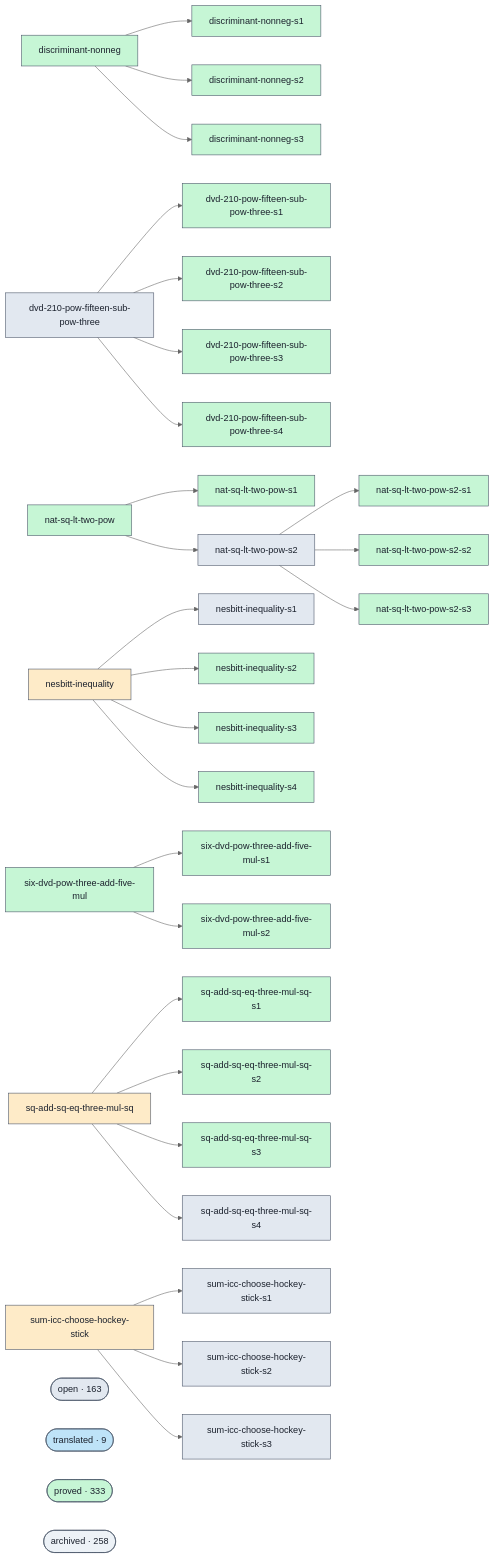
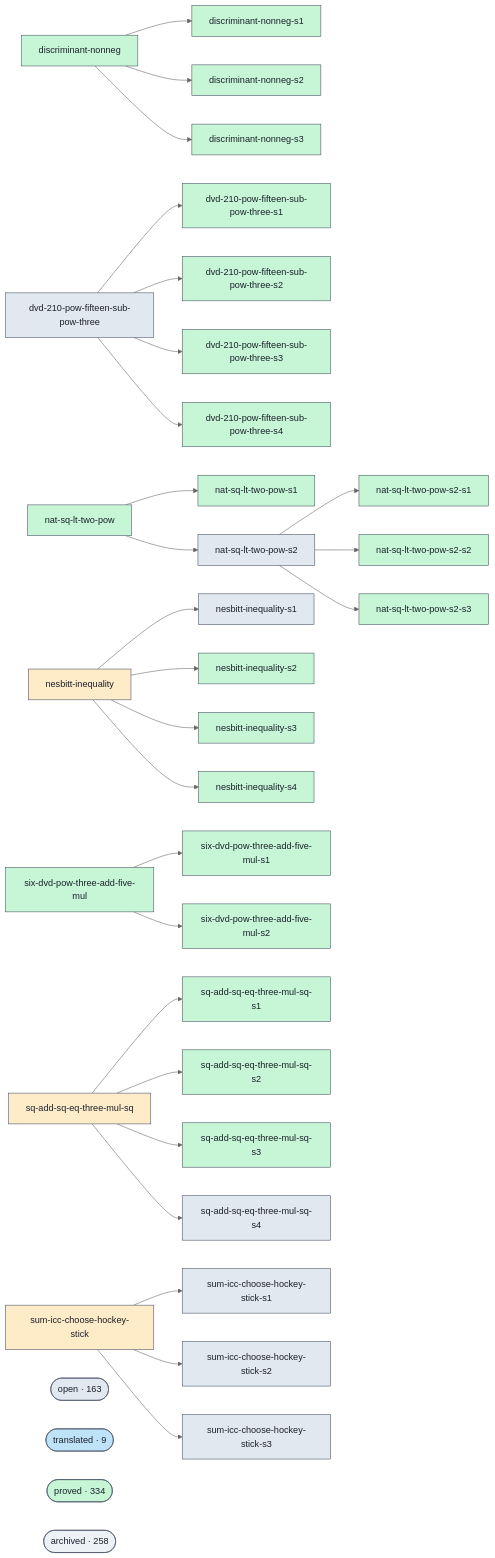
The diagram in docs/proofs-contributors-visualisation.md (ohdearquant/unsorry), drawn with Mermaid (neutral theme) before and after one commit. The commit also changed other lines of this file and 2 other files, not shown here.

```diff
--- a/docs/proofs-contributors-visualisation.md
+++ b/docs/proofs-contributors-visualisation.md
@@ -147,7 +147,7 @@
   class cluster_open open;
   cluster_translated(["translated · 9"])
   class cluster_translated translated;
-  cluster_proved(["proved · 333"])
+  cluster_proved(["proved · 334"])
   class cluster_proved proved;
   cluster_archived(["archived · 258"])
   class cluster_archived unknown;
```
